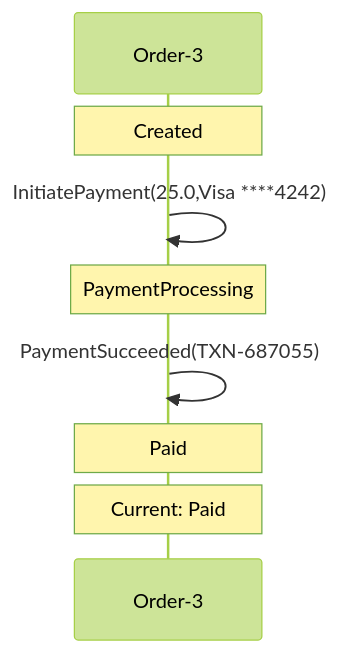
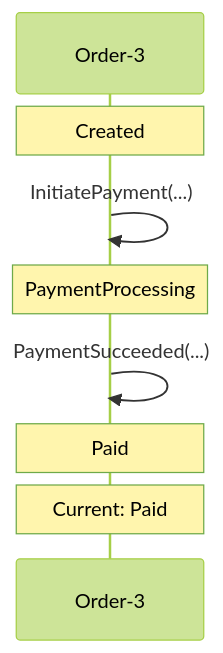
The second of 3 diagrams in docs/visualizations/order-3-trace.md (Iterable/mechanoid), drawn with Mermaid (forest theme) before and after one commit. The commit also changed other lines of this file and 52 other files, not shown here.

````diff
--- a/docs/visualizations/order-3-trace.md
+++ b/docs/visualizations/order-3-trace.md
@@ -45,10 +45,10 @@
 ```mermaid
 sequenceDiagram
     participant FSM as Order-3
     Note over FSM: Created
-    FSM->>FSM: InitiatePayment(25.0,Visa ****4242)
+    FSM->>FSM: InitiatePayment(...)
     Note over FSM: PaymentProcessing
-    FSM->>FSM: PaymentSucceeded(TXN-687055)
+    FSM->>FSM: PaymentSucceeded(...)
     Note over FSM: Paid
     Note over FSM: Current: Paid
 ```
````
